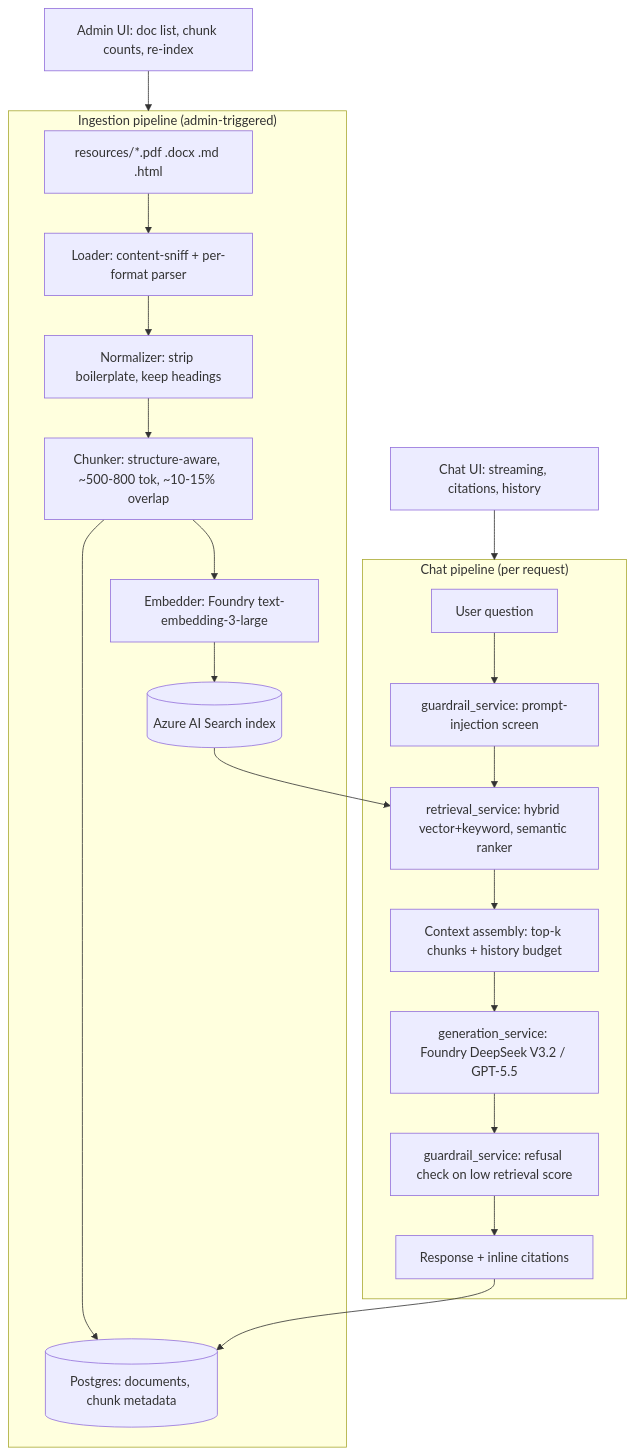
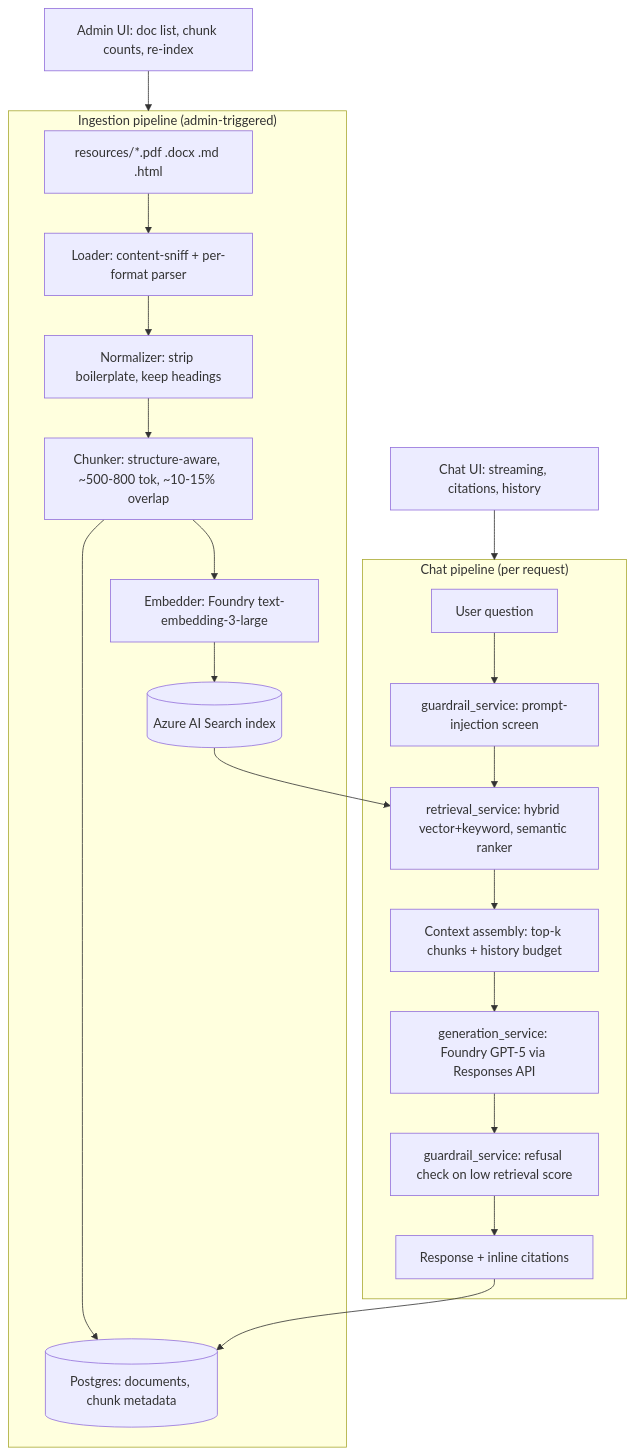
One commit to bsdatafactz/weeklytasks changed the first of 2 diagrams in uc1-RAG-Knowledge-Chatbot/docs/design-doc.md. Above: the diagram before and after it, drawn with Mermaid. The commit also changed other lines of this file and 7 other files, not shown here.

First line of the commit message:
Switch Foundry generation to the OpenAI v1 Responses API

````diff
--- a/uc1-RAG-Knowledge-Chatbot/docs/design-doc.md
+++ b/uc1-RAG-Knowledge-Chatbot/docs/design-doc.md
@@ -30,25 +30,25 @@
 ```mermaid
 flowchart TB
     subgraph Ingestion["Ingestion pipeline (admin-triggered)"]
         A[resources/*.pdf .docx .md .html] --> B[Loader: content-sniff + per-format parser]
         B --> C[Normalizer: strip boilerplate, keep headings]
         C --> D[Chunker: structure-aware, ~500-800 tok, ~10-15% overlap]
         D --> E[Embedder: Foundry text-embedding-3-large]
         E --> F[(Azure AI Search index)]
         D --> G[(Postgres: documents, chunk metadata)]
     end
 
     subgraph Chat["Chat pipeline (per request)"]
         U[User question] --> GR1[guardrail_service: prompt-injection screen]
         GR1 --> R[retrieval_service: hybrid vector+keyword, semantic ranker]
         F --> R
         R --> CTX[Context assembly: top-k chunks + history budget]
-        CTX --> GEN[generation_service: Foundry DeepSeek V3.2 / GPT-5.5]
+        CTX --> GEN[generation_service: Foundry GPT-5 via Responses API]
         GEN --> GR2[guardrail_service: refusal check on low retrieval score]
         GR2 --> RESP[Response + inline citations]
         RESP --> G
     end
 
     ADMIN[Admin UI: doc list, chunk counts, re-index] --> Ingestion
     CHATUI[Chat UI: streaming, citations, history] --> Chat
 ```
````
